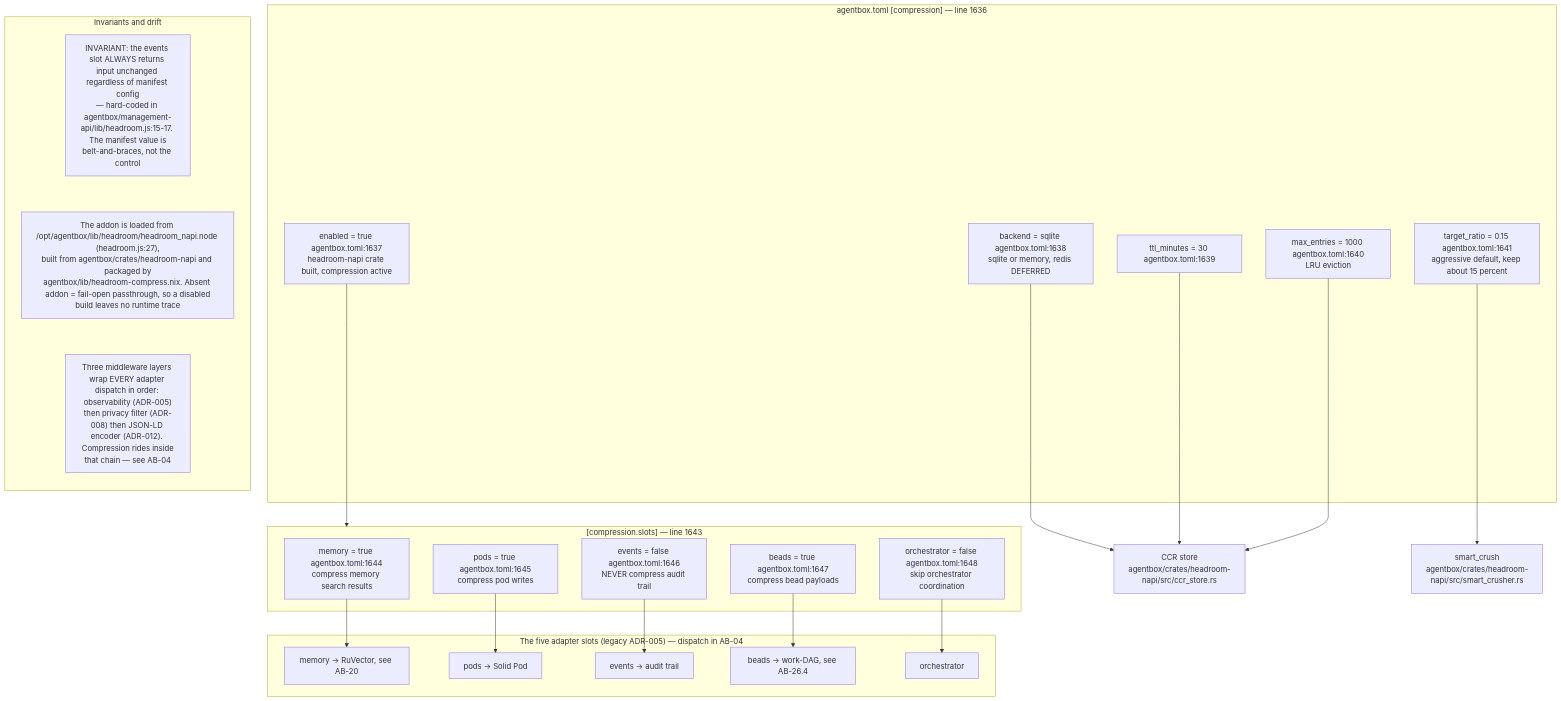
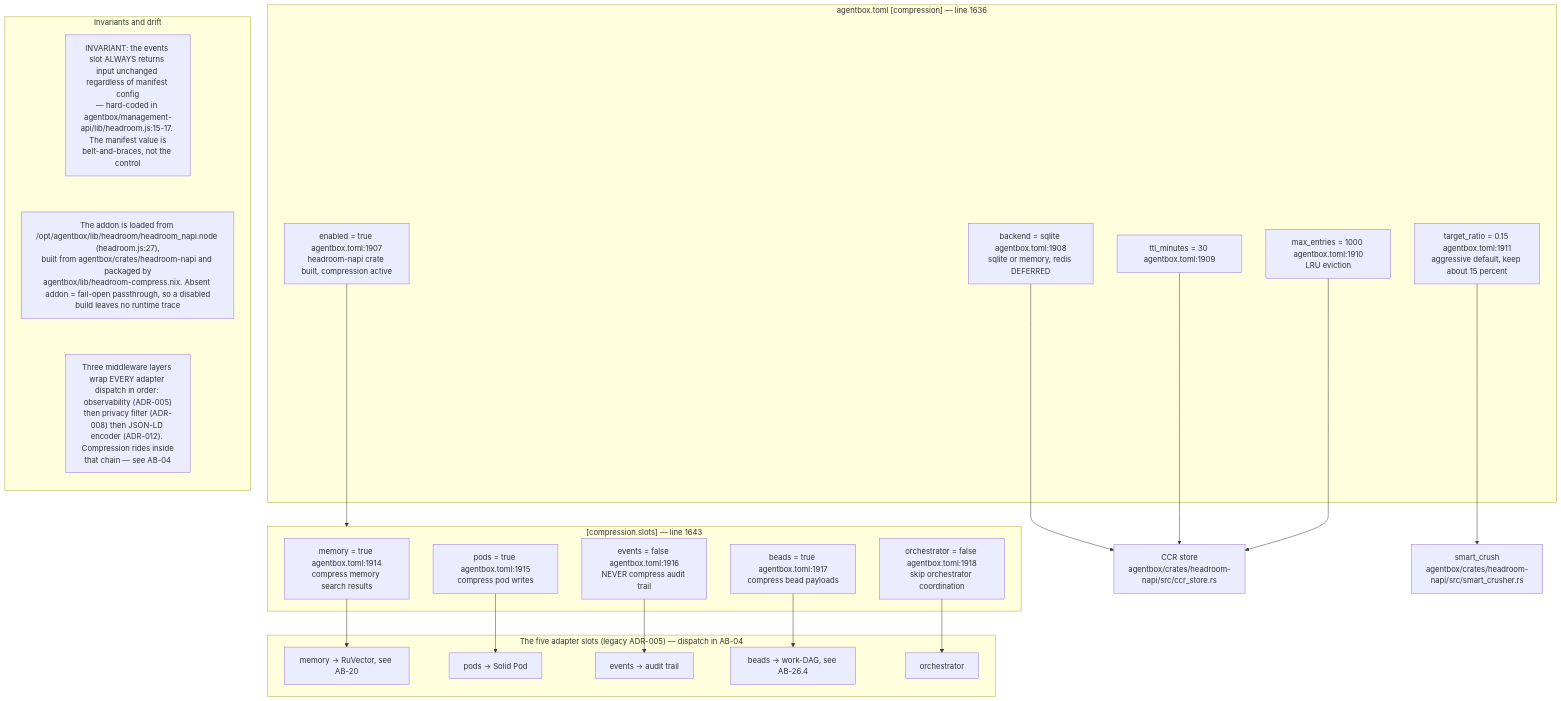
The ninth of 9 diagrams in docs/diagrams/agentbox/26-headroom-beads-spawn-brain.md (DreamLab-AI/VisionFlow), drawn with Mermaid before and after one commit. The commit also changed other lines of this file and 28 other files, not shown here.

````diff
--- a/docs/diagrams/agentbox/26-headroom-beads-spawn-brain.md
+++ b/docs/diagrams/agentbox/26-headroom-beads-spawn-brain.md
@@ -355,41 +355,41 @@
 ```mermaid
 flowchart TB
     subgraph man["agentbox.toml [compression] — line 1636"]
-        E["enabled = true agentbox.toml:1637<br/>headroom-napi crate built, compression active"]
-        B["backend = sqlite agentbox.toml:1638<br/>sqlite or memory, redis DEFERRED"]
-        T["ttl_minutes = 30 agentbox.toml:1639"]
-        M["max_entries = 1000 agentbox.toml:1640<br/>LRU eviction"]
-        R["target_ratio = 0.15 agentbox.toml:1641<br/>aggressive default, keep about 15 percent"]
+        E["enabled = true agentbox.toml:1907<br/>headroom-napi crate built, compression active"]
+        B["backend = sqlite agentbox.toml:1908<br/>sqlite or memory, redis DEFERRED"]
+        T["ttl_minutes = 30 agentbox.toml:1909"]
+        M["max_entries = 1000 agentbox.toml:1910<br/>LRU eviction"]
+        R["target_ratio = 0.15 agentbox.toml:1911<br/>aggressive default, keep about 15 percent"]
     end
     subgraph slots["[compression.slots] — line 1643"]
-        S1["memory = true agentbox.toml:1644<br/>compress memory search results"]
-        S2["pods = true agentbox.toml:1645<br/>compress pod writes"]
-        S3["events = false agentbox.toml:1646<br/>NEVER compress audit trail"]
-        S4["beads = true agentbox.toml:1647<br/>compress bead payloads"]
-        S5["orchestrator = false agentbox.toml:1648<br/>skip orchestrator coordination"]
+        S1["memory = true agentbox.toml:1914<br/>compress memory search results"]
+        S2["pods = true agentbox.toml:1915<br/>compress pod writes"]
+        S3["events = false agentbox.toml:1916<br/>NEVER compress audit trail"]
+        S4["beads = true agentbox.toml:1917<br/>compress bead payloads"]
+        S5["orchestrator = false agentbox.toml:1918<br/>skip orchestrator coordination"]
     end
     subgraph adapters["The five adapter slots (legacy ADR-005) — dispatch in AB-04"]
         A1["memory → RuVector, see AB-20"]
         A2["pods → Solid Pod"]
         A3["events → audit trail"]
         A4["beads → work-DAG, see AB-26.4"]
         A5["orchestrator"]
     end
     E --> slots
     S1 --> A1
     S2 --> A2
     S3 --> A3
     S4 --> A4
     S5 --> A5
     B --> CCR["CCR store<br/>agentbox/crates/headroom-napi/src/ccr_store.rs"]
     T --> CCR
     M --> CCR
     R --> SC["smart_crush<br/>agentbox/crates/headroom-napi/src/smart_crusher.rs"]
     subgraph notes["Invariants and drift"]
         direction TB
         N1["INVARIANT: the events slot ALWAYS returns input unchanged regardless of manifest config<br/>— hard-coded in agentbox/management-api/lib/headroom.js:15-17. The manifest value is<br/>belt-and-braces, not the control"]
         N2["The addon is loaded from /opt/agentbox/lib/headroom/headroom_napi.node (headroom.js:27),<br/>built from agentbox/crates/headroom-napi and packaged by<br/>agentbox/lib/headroom-compress.nix. Absent addon = fail-open passthrough, so a disabled<br/>build leaves no runtime trace"]
         N3["Three middleware layers wrap EVERY adapter dispatch in order: observability (ADR-005)<br/>then privacy filter (ADR-008) then JSON-LD encoder (ADR-012). Compression rides inside<br/>that chain — see AB-04"]
         N1 ~~~ N2 ~~~ N3
     end
 ```
````
